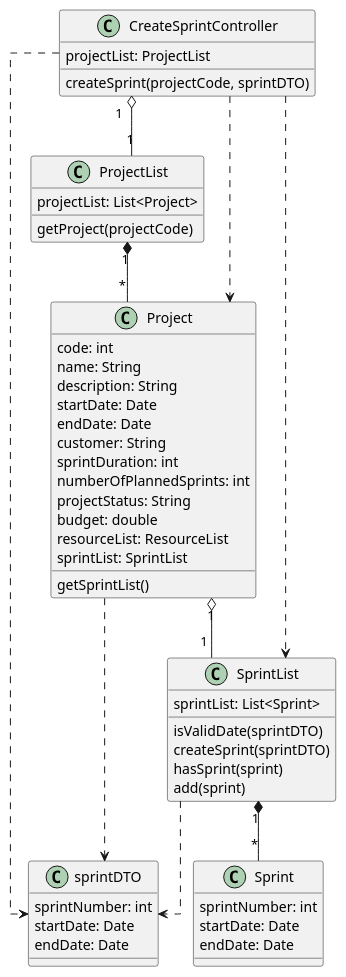
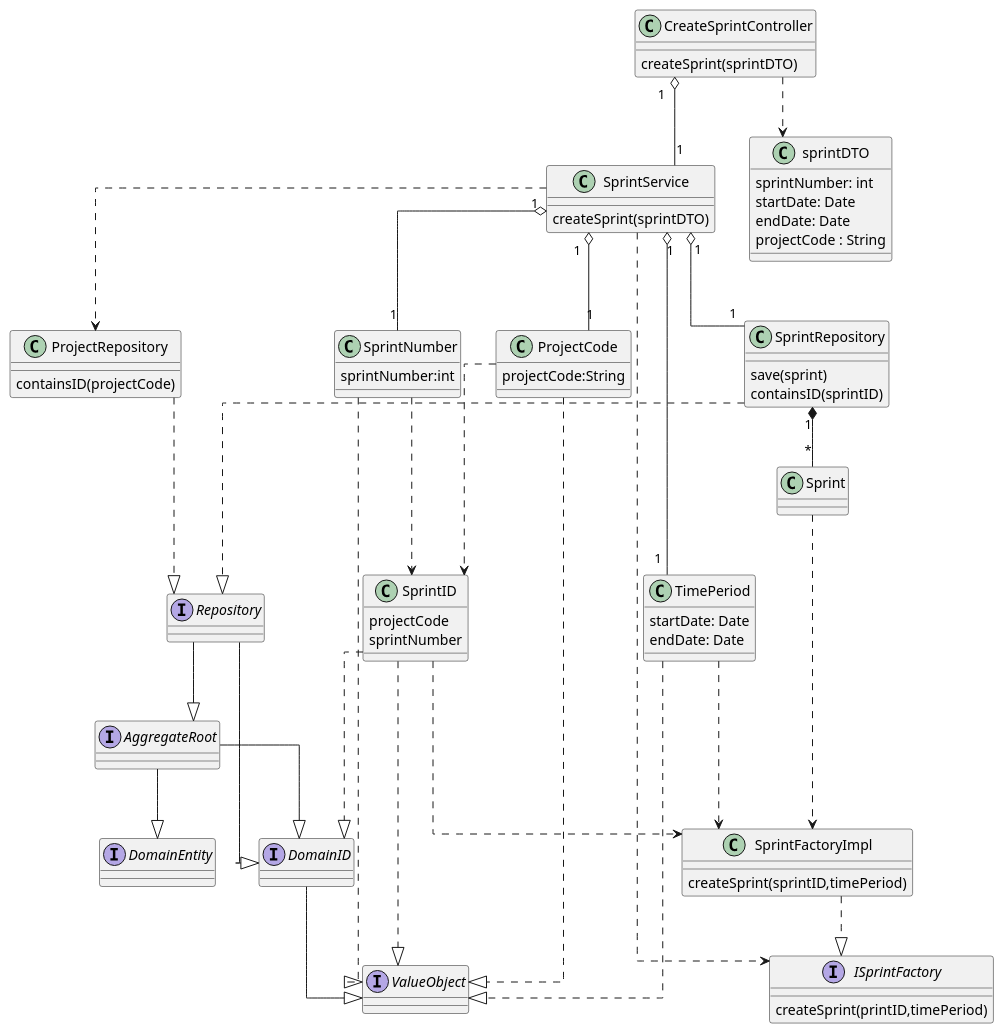
One commit to ivo-menezes/project_g3 changed the diagram in docs/modelling_design/user_stories/us019/US019_CreateSprintCD.puml. Above: the diagram before and after it, drawn with PlantUML.

Commit message:
US019: Design: CD Update (addresses #86)

```diff
--- a/docs/modelling_design/user_stories/us019/US019_CreateSprintCD.puml
+++ b/docs/modelling_design/user_stories/us019/US019_CreateSprintCD.puml
@@ -1,61 +1,132 @@
 @startuml
 
 skinparam linetype ortho
+
+class CreateSprintController {
+createSprint(sprintDTO)
+}
+
+class SprintService {
+createSprint(sprintDTO)
+}
+
+class ProjectRepository {
+containsID(projectCode)
+}
+
+class SprintRepository {
+save(sprint)
+containsID(sprintID)
+}
+
+
+class ProjectCode {
+projectCode:String
+}
+
+class SprintFactoryImpl {
+createSprint(sprintID,timePeriod)
+}
+
+class TimePeriod {
+startDate: Date
+endDate: Date
+}
+
+class Sprint{
+}
+
+class SprintNumber{
+sprintNumber:int
+}
+
+class SprintID{
+projectCode
+sprintNumber
+}
+
 
 class sprintDTO {
 sprintNumber: int
 startDate: Date
 endDate: Date
+projectCode : String
 }
 
-class CreateSprintController {
-projectList: ProjectList
-createSprint(projectCode, sprintDTO)
+
+
+interface ISprintFactory {
+createSprint(printID,timePeriod)
 }
 
-class ProjectList {
-projectList: List<Project>
-getProject(projectCode)
+interface ValueObject {
 }
 
-class Project {
-code: int
-name: String
-description: String
-startDate: Date
-endDate: Date
-customer: String
-sprintDuration: int
-numberOfPlannedSprints: int
-projectStatus: String
-budget: double
-resourceList: ResourceList
-sprintList: SprintList
-getSprintList()
+interface DomainID {
 }
 
-class SprintList {
-sprintList: List<Sprint>
-isValidDate(sprintDTO)
-createSprint(sprintDTO)
-hasSprint(sprint)
-add(sprint)
+interface Repository {
 }
 
-class Sprint{
-sprintNumber: int
-startDate: Date
-endDate: Date
+interface AggregateRoot {
 }
 
-CreateSprintController "1" o-- "1" ProjectList
-ProjectList "1" *-- "*" Project
-CreateSprintController ..> Project
-CreateSprintController ..> SprintList
-Project "1" o-- "1" SprintList
-SprintList "1" *-- "*" Sprint
+interface DomainEntity {
+}
+
+
+
+CreateSprintController "1" o-- "1" SprintService
 CreateSprintController ..> sprintDTO
-Project ..> sprintDTO
-SprintList ..> sprintDTO
+
+
+SprintService "1" o-- "1" ProjectCode
+SprintService "1" o-- "1" SprintNumber
+SprintService "1" o-- "1" TimePeriod
+SprintService "1" o-- "1" SprintRepository
+SprintService ..>  ProjectRepository
+SprintService ..> ISprintFactory
+
+SprintRepository "1" *-- "*" Sprint
+
+SprintFactoryImpl ..|> ISprintFactory
+
+Sprint -..> SprintFactoryImpl
+
+TimePeriod -..> SprintFactoryImpl
+
+SprintID  -..> SprintFactoryImpl
+
+SprintNumber -..> SprintID
+
+ProjectCode -..> SprintID
+
+
+
+
+ProjectRepository -..|> Repository
+SprintRepository -..|> Repository
+
+
+Repository --|> DomainID
+AggregateRoot --|> DomainID
+SprintID -..|> DomainID
+
+Repository --|> AggregateRoot
+
+AggregateRoot --|> DomainEntity
+
+
+DomainID --|> ValueObject
+TimePeriod -..|> ValueObject
+SprintNumber -..|> ValueObject
+SprintID -..|> ValueObject
+ProjectCode -..|> ValueObject
+
+
+
+
+
+
 
 @enduml
```
